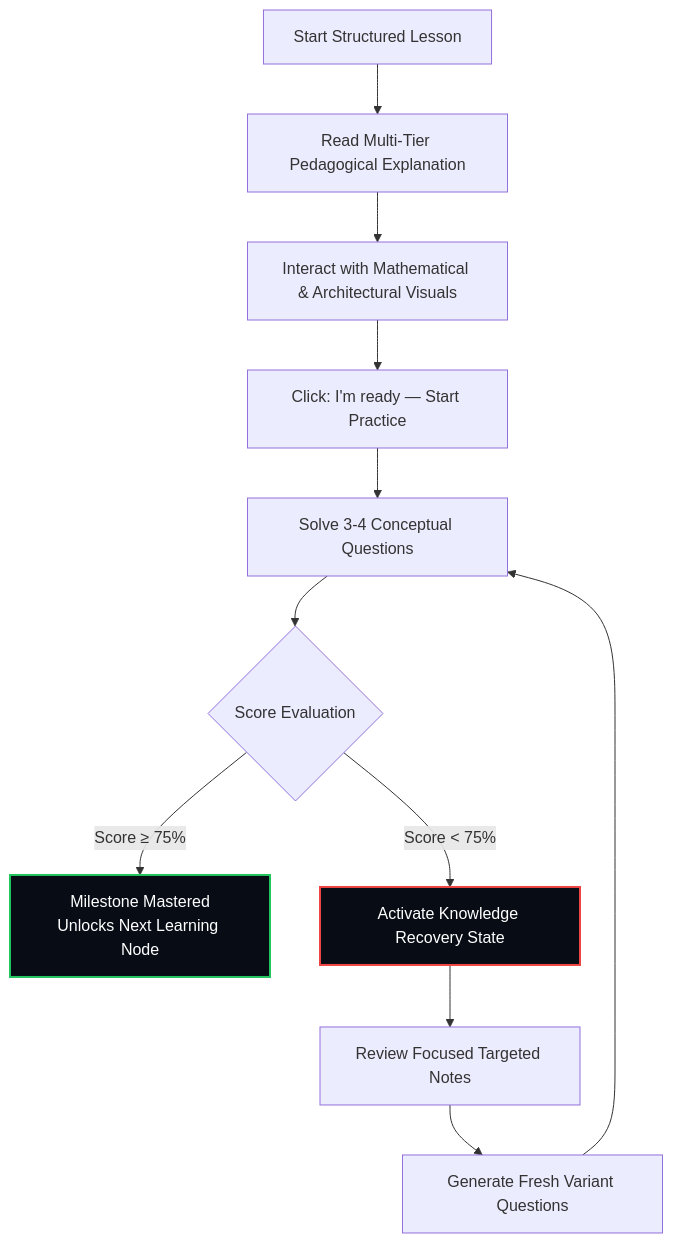
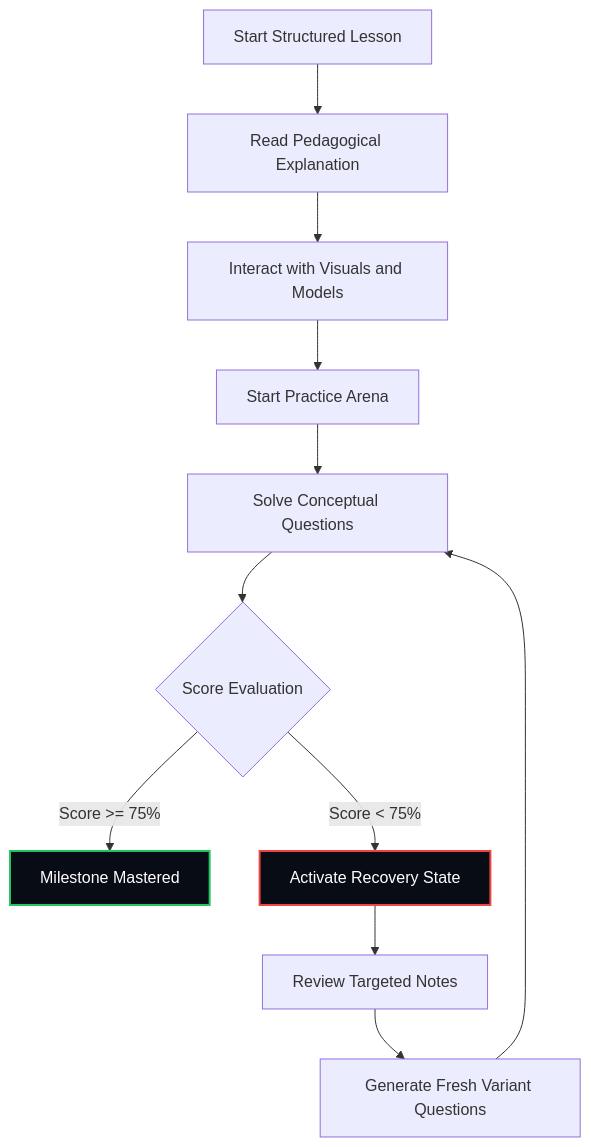
Before and after one commit to Kajalsiwach/-LogicQ-Personalised-AI-Tutor-for-Learning-AI: the third of 3 diagrams in README.md, drawn with Mermaid. The commit also changed other lines of this file, not shown here.

Commit message:
fix(docs): resolve GitHub Mermaid diagram syntax parse errors

````diff
--- a/README.md
+++ b/README.md
@@ -110,18 +109,18 @@
 ```mermaid
 flowchart TD
-    StartLearn[Start Structured Lesson] --> DeepExplanation[Read Multi-Tier Pedagogical Explanation]
-    DeepExplanation --> InteractiveVisual[Interact with Mathematical & Architectural Visuals]
-    InteractiveVisual --> ReadyPractice[Click: I'm ready — Start Practice]
-    ReadyPractice --> PracticeArena[Solve 3-4 Conceptual Questions]
-    PracticeArena --> Evaluation{Score Evaluation}
+    StartLearn["Start Structured Lesson"] --> DeepExplanation["Read Pedagogical Explanation"]
+    DeepExplanation --> InteractiveVisual["Interact with Visuals and Models"]
+    InteractiveVisual --> ReadyPractice["Start Practice Arena"]
+    ReadyPractice --> PracticeArena["Solve Conceptual Questions"]
+    PracticeArena --> Evaluation{"Score Evaluation"}
     
-    Evaluation -- "Score ≥ 75%" --> Mastery[Milestone Mastered<br/>Unlocks Next Learning Node]
-    Evaluation -- "Score &lt; 75%" --> RecoveryState[Activate Knowledge Recovery State]
+    Evaluation -->|"Score >= 75%"| Mastery["Milestone Mastered"]
+    Evaluation -->|"Score < 75%"| RecoveryState["Activate Recovery State"]
     
-    RecoveryState --> RemedialRecap[Review Focused Targeted Notes]
-    RemedialRecap --> VariantQuestions[Generate Fresh Variant Questions]
+    RecoveryState --> RemedialRecap["Review Targeted Notes"]
+    RemedialRecap --> VariantQuestions["Generate Fresh Variant Questions"]
     VariantQuestions --> PracticeArena
 
     style Mastery fill:#080C15,stroke:#22c55e,stroke-width:2px,color:#fff
     style RecoveryState fill:#080C15,stroke:#ef4444,stroke-width:2px,color:#fff
 ```
````
